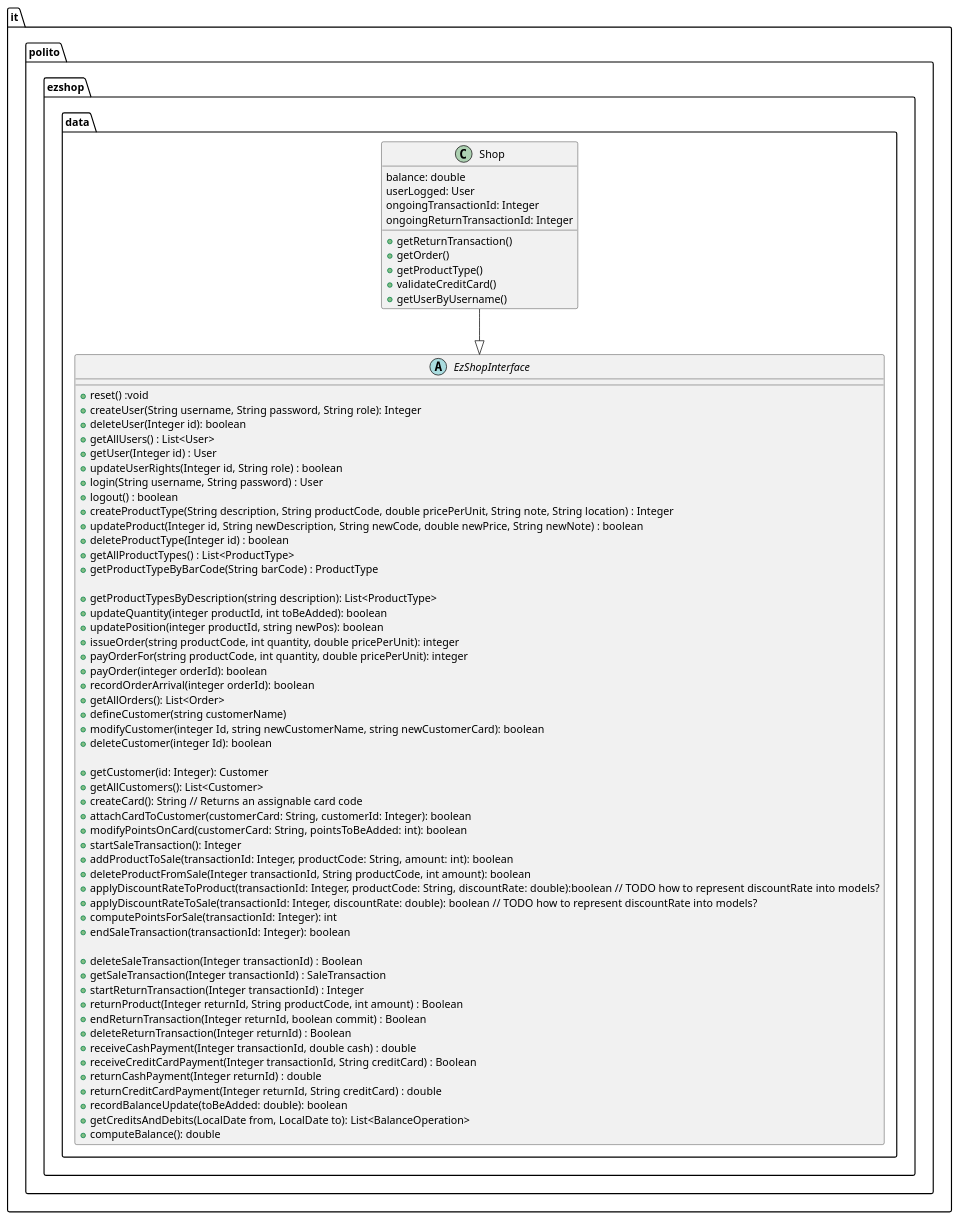
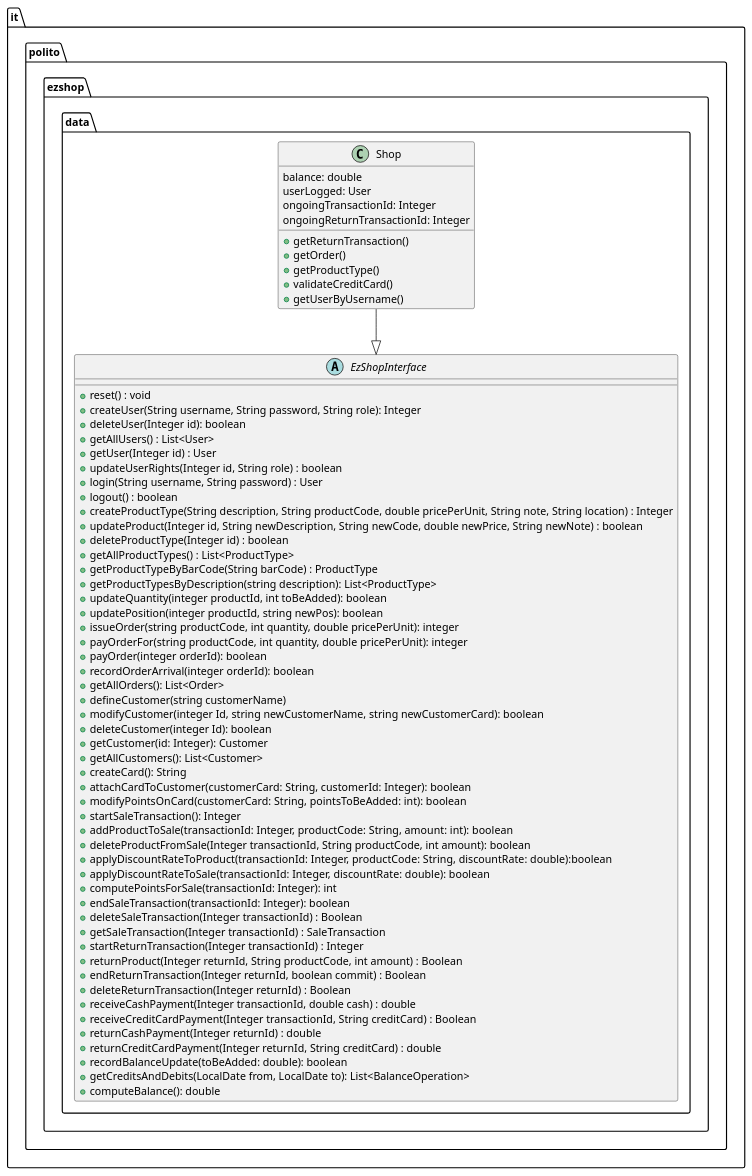
Before and after one commit to paocela/EzShop: the second of 30 diagrams in Deliverables/DesignDocument.md, drawn with PlantUML. The commit also changed other lines of this file, not shown here.

Commit message:
activate/deactivate added to sequence diagrams, typos fixed

````diff
--- a/Deliverables/DesignDocument.md
+++ b/Deliverables/DesignDocument.md
@@ -76,77 +78,74 @@
 ```plantuml
 
 package it.polito.ezshop.data {
 
    
     abstract class EzShopInterface {
-    + reset() :void
+    + reset() : void
     + createUser(String username, String password, String role): Integer
     + deleteUser(Integer id): boolean
     + getAllUsers() : List<User>
     + getUser(Integer id) : User
     + updateUserRights(Integer id, String role) : boolean
     + login(String username, String password) : User
     + logout() : boolean
     + createProductType(String description, String productCode, double pricePerUnit, String note, String location) : Integer
     + updateProduct(Integer id, String newDescription, String newCode, double newPrice, String newNote) : boolean
     + deleteProductType(Integer id) : boolean
     + getAllProductTypes() : List<ProductType>
     + getProductTypeByBarCode(String barCode) : ProductType
-
     + getProductTypesByDescription(string description): List<ProductType>
     + updateQuantity(integer productId, int toBeAdded): boolean
     + updatePosition(integer productId, string newPos): boolean
     + issueOrder(string productCode, int quantity, double pricePerUnit): integer
     + payOrderFor(string productCode, int quantity, double pricePerUnit): integer
     + payOrder(integer orderId): boolean
     + recordOrderArrival(integer orderId): boolean
     + getAllOrders(): List<Order>
     + defineCustomer(string customerName)
     + modifyCustomer(integer Id, string newCustomerName, string newCustomerCard): boolean
     + deleteCustomer(integer Id): boolean
-
     + getCustomer(id: Integer): Customer
     + getAllCustomers(): List<Customer>
-    + createCard(): String // Returns an assignable card code
+    + createCard(): String
     + attachCardToCustomer(customerCard: String, customerId: Integer): boolean
     + modifyPointsOnCard(customerCard: String, pointsToBeAdded: int): boolean
     + startSaleTransaction(): Integer
     + addProductToSale(transactionId: Integer, productCode: String, amount: int): boolean
     + deleteProductFromSale(Integer transactionId, String productCode, int amount): boolean
-    + applyDiscountRateToProduct(transactionId: Integer, productCode: String, discountRate: double):boolean // TODO how to represent discountRate into models?
-    + applyDiscountRateToSale(transactionId: Integer, discountRate: double): boolean // TODO how to represent discountRate into models?
+    + applyDiscountRateToProduct(transactionId: Integer, productCode: String, discountRate: double):boolean
+    + applyDiscountRateToSale(transactionId: Integer, discountRate: double): boolean
     + computePointsForSale(transactionId: Integer): int
     + endSaleTransaction(transactionId: Integer): boolean
-
     + deleteSaleTransaction(Integer transactionId) : Boolean
     + getSaleTransaction(Integer transactionId) : SaleTransaction
     + startReturnTransaction(Integer transactionId) : Integer
     + returnProduct(Integer returnId, String productCode, int amount) : Boolean
     + endReturnTransaction(Integer returnId, boolean commit) : Boolean
     + deleteReturnTransaction(Integer returnId) : Boolean
     + receiveCashPayment(Integer transactionId, double cash) : double
     + receiveCreditCardPayment(Integer transactionId, String creditCard) : Boolean
     + returnCashPayment(Integer returnId) : double
     + returnCreditCardPayment(Integer returnId, String creditCard) : double
     + recordBalanceUpdate(toBeAdded: double): boolean
     + getCreditsAndDebits(LocalDate from, LocalDate to): List<BalanceOperation>
     + computeBalance(): double
 
     }
     
        class Shop {
         balance: double
         userLogged: User
         ongoingTransactionId: Integer
         ongoingReturnTransactionId: Integer
 
         + getReturnTransaction()
         + getOrder()
         + getProductType()
         + validateCreditCard()
         + getUserByUsername()
 
     } 
     Shop --^ EzShopInterface
 }
 ```
````
